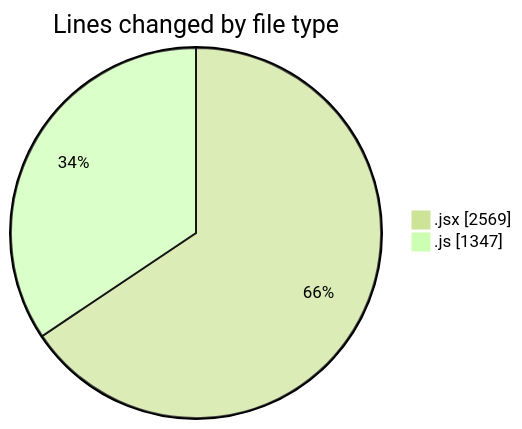
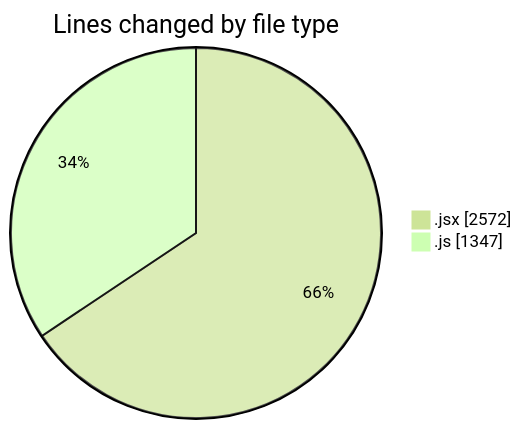
The first of 2 diagrams in 2025-07-11/argos/README.md (nxtqubesakshisongat/code-tracking), drawn with Mermaid (forest theme) before and after one commit. The commit also changed other lines of this file and 1 other file, not shown here.

````diff
--- a/2025-07-11/argos/README.md
+++ b/2025-07-11/argos/README.md
@@ -24,6 +24,6 @@
 ```mermaid
 pie showData
 title Lines changed by file type
-".jsx" : 2569
+".jsx" : 2572
 ".js" : 1347
 ```
````
